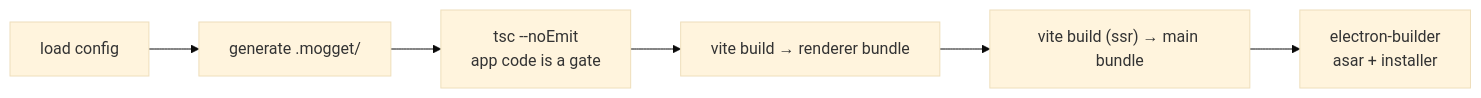
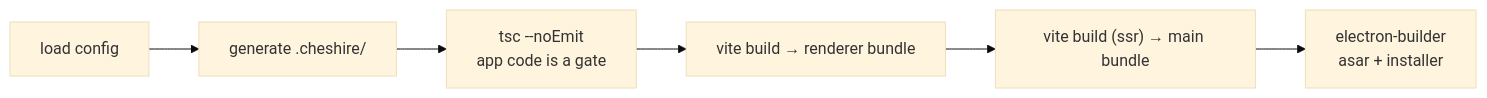
One commit to meersajidh/cheshire changed the fourth of 4 diagrams in docs/guides/framework-architecture.md. Above: the diagram before and after it, drawn with Mermaid (base theme). The commit also changed other lines of this file and 58 other files, not shown here.

````diff
--- a/docs/guides/framework-architecture.md
+++ b/docs/guides/framework-architecture.md
@@ -266,8 +266,8 @@
 ```mermaid
 flowchart LR
-  L["load config"] --> G["generate .mogget/"]
+  L["load config"] --> G["generate .cheshire/"]
   G --> T["tsc --noEmit<br/>app code is a gate"]
   T --> R["vite build → renderer bundle"]
   R --> M["vite build (ssr) → main bundle"]
   M --> P["electron-builder<br/>asar + installer"]
 ```
````
